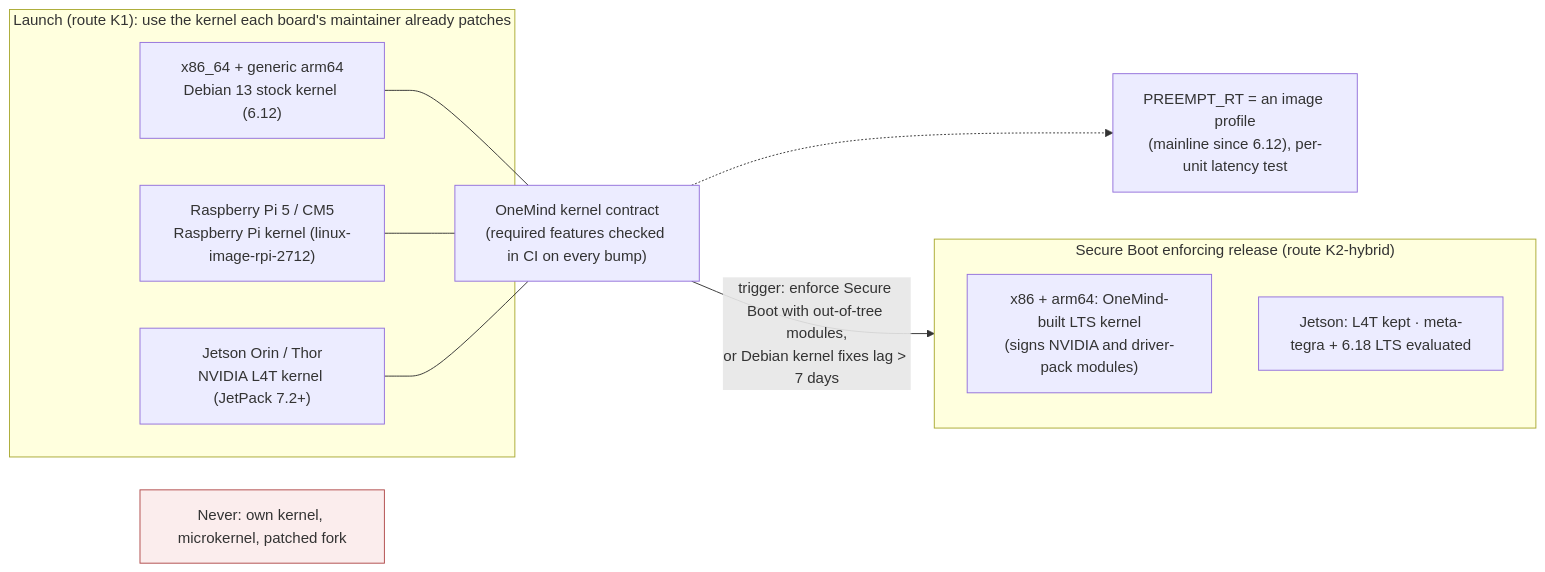
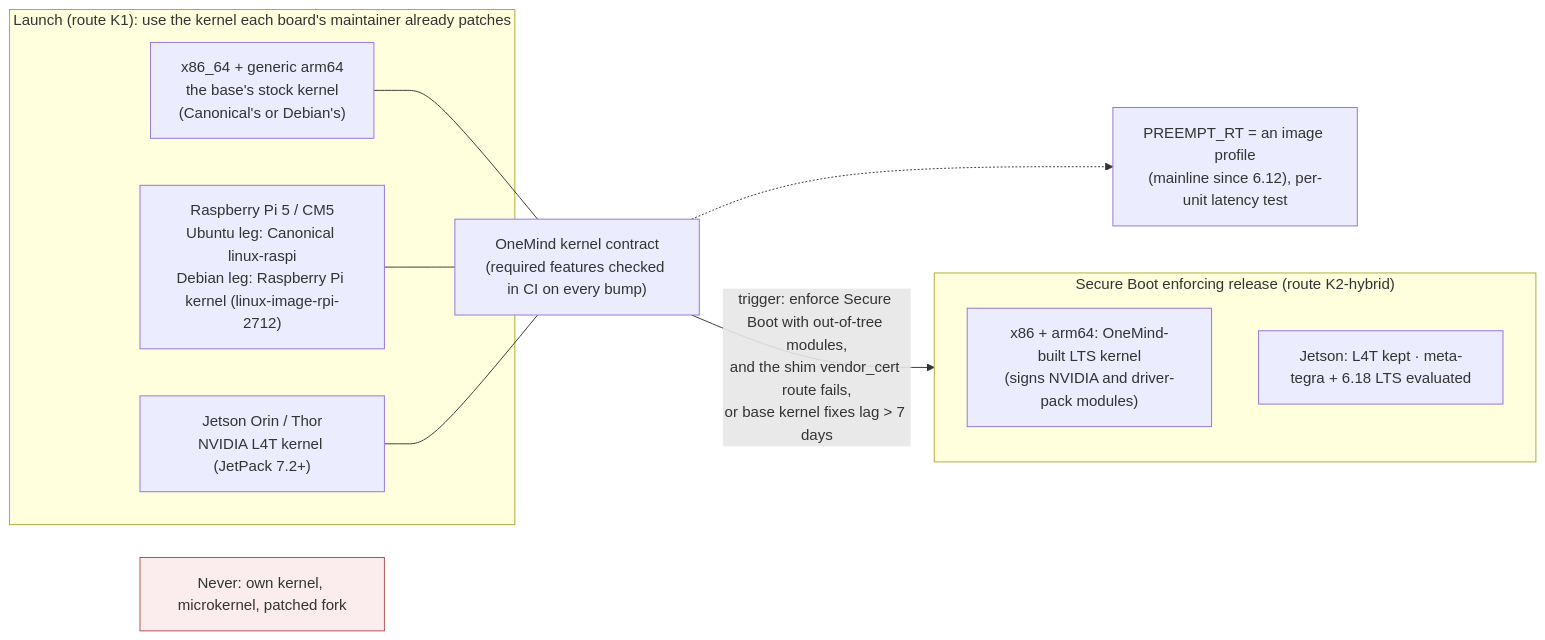
Before and after one commit to onemindos/ONEMINDOS: the diagram in research-output/report/diagrams/kernel-route.mmd, drawn with Mermaid. The commit also changed 326 other files, not shown here.

```diff
--- a/research-output/report/diagrams/kernel-route.mmd
+++ b/research-output/report/diagrams/kernel-route.mmd
@@ -1,19 +1,19 @@
 flowchart LR
   subgraph NOW["Launch (route K1): use the kernel each board's maintainer already patches"]
-    X["x86_64 + generic arm64<br/>Debian 13 stock kernel (6.12)"]
-    P["Raspberry Pi 5 / CM5<br/>Raspberry Pi kernel (linux-image-rpi-2712)"]
+    X["x86_64 + generic arm64<br/>the base's stock kernel<br/>(Canonical's or Debian's)"]
+    P["Raspberry Pi 5 / CM5<br/>Ubuntu leg: Canonical linux-raspi<br/>Debian leg: Raspberry Pi kernel (linux-image-rpi-2712)"]
     J["Jetson Orin / Thor<br/>NVIDIA L4T kernel (JetPack 7.2+)"]
   end
   KC["OneMind kernel contract<br/>(required features checked in CI on every bump)"]
   X --- KC
   P --- KC
   J --- KC
   subgraph LATER["Secure Boot enforcing release (route K2-hybrid)"]
     X2["x86 + arm64: OneMind-built LTS kernel<br/>(signs NVIDIA and driver-pack modules)"]
     J2["Jetson: L4T kept · meta-tegra + 6.18 LTS evaluated"]
   end
-  KC -->|"trigger: enforce Secure Boot with out-of-tree modules,<br/>or Debian kernel fixes lag > 7 days"| LATER
+  KC -->|"trigger: enforce Secure Boot with out-of-tree modules,<br/>and the shim vendor_cert route fails,<br/>or base kernel fixes lag > 7 days"| LATER
   RT["PREEMPT_RT = an image profile<br/>(mainline since 6.12), per-unit latency test"]
   KC -.-> RT
   NO["Never: own kernel, microkernel, patched fork"]
   style NO fill:#FBEDED,stroke:#B04A4A
```
